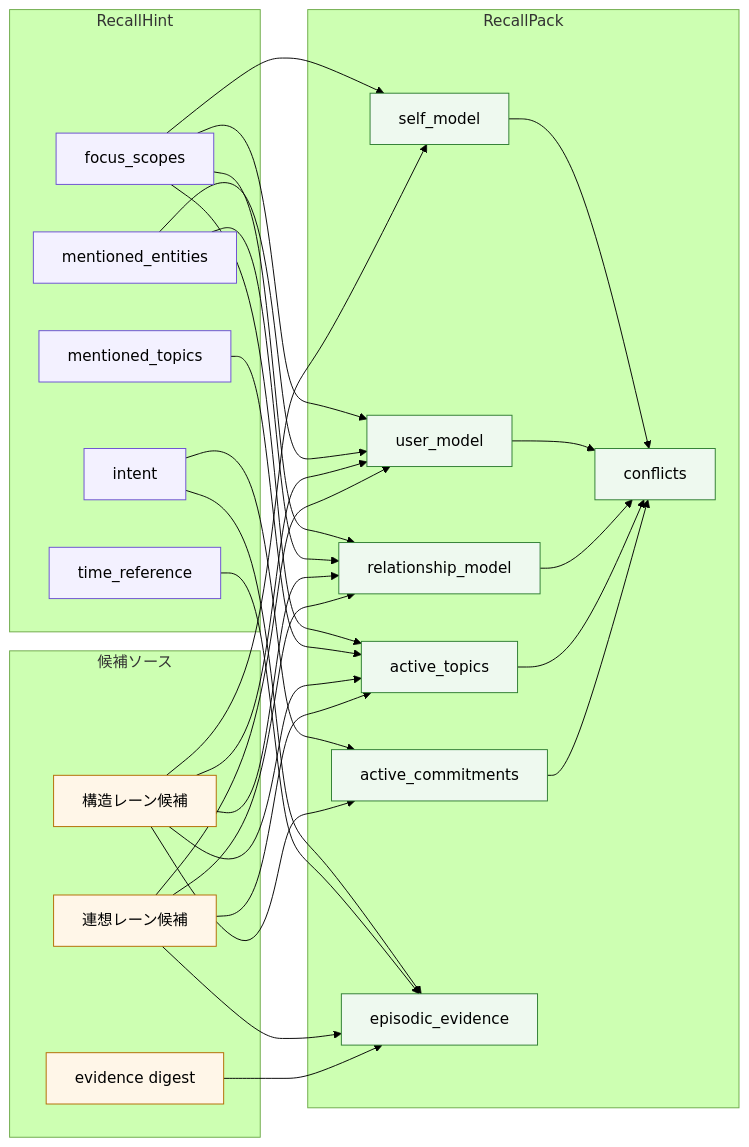
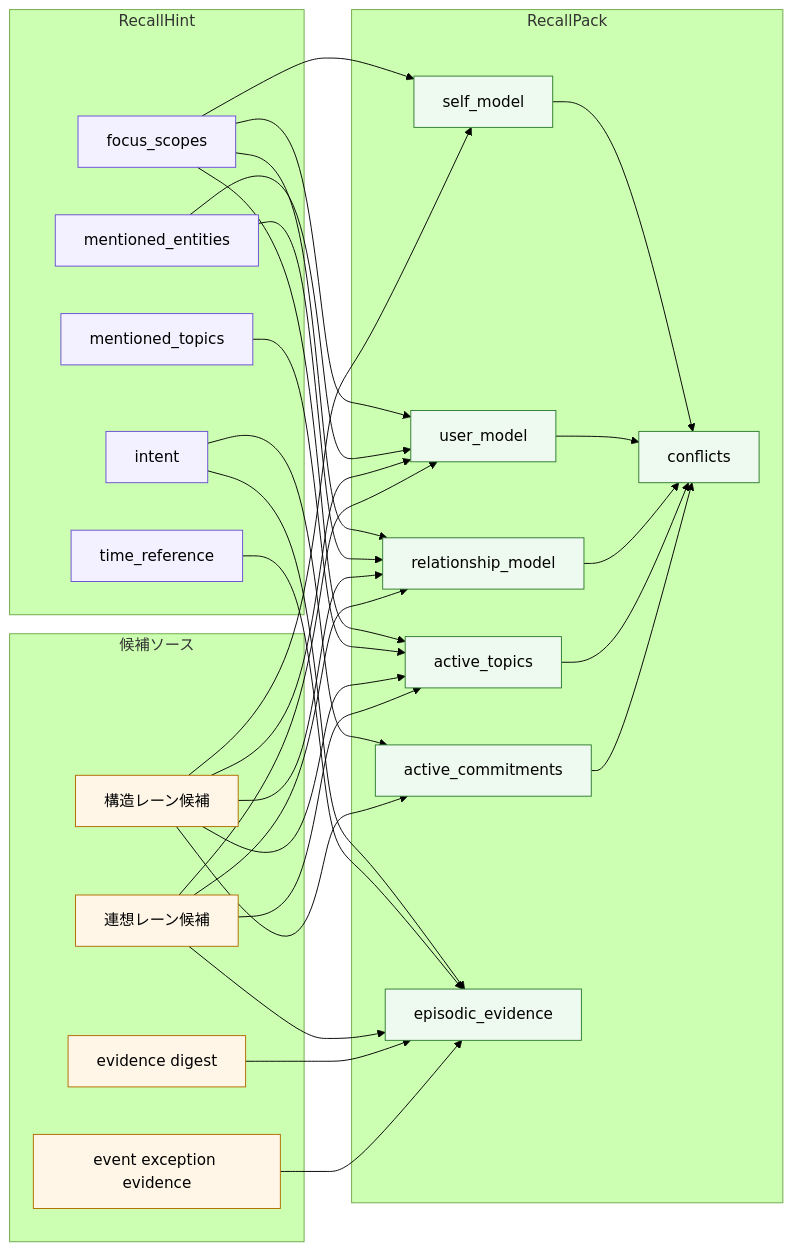
The third of 9 diagrams in docs/13_記憶利用フロー図.md (hirona98/OtomeKairo), drawn with Mermaid (forest theme) before and after one commit. The commit also changed other lines of this file and 5 other files, not shown here.

````diff
--- a/docs/13_記憶利用フロー図.md
+++ b/docs/13_記憶利用フロー図.md
@@ -178,63 +187,65 @@
 ```mermaid
 flowchart LR
     subgraph HINT[RecallHint]
         H0[focus_scopes]
         H1[mentioned_entities]
         H2[mentioned_topics]
         H3[intent]
         H4[time_reference]
     end
 
     subgraph SRC[候補ソース]
         S1[構造レーン候補]
         S2[連想レーン候補]
         S3[evidence digest]
+        S4[event exception evidence]
     end
 
     subgraph PACK[RecallPack]
         P1[self_model]
         P2[user_model]
         P3[relationship_model]
         P4[active_topics]
         P5[active_commitments]
         P6[episodic_evidence]
         P7[conflicts]
     end
 
     H0 --> P1
     H0 --> P2
     H0 --> P3
     H0 --> P4
     H1 --> P2
     H1 --> P3
     H2 --> P4
     H3 --> P5
     H3 --> P6
     H4 --> P6
 
     S1 --> P1
     S1 --> P2
     S1 --> P3
     S1 --> P4
     S1 --> P5
 
     S2 --> P2
     S2 --> P3
     S2 --> P4
     S2 --> P6
 
     S3 --> P6
+    S4 --> P6
 
     P1 --> P7
     P2 --> P7
     P3 --> P7
     P4 --> P7
     P5 --> P7
 
     classDef hint fill:#f3f1ff,stroke:#6b4fd3,stroke-width:1px;
     classDef src fill:#fff6e8,stroke:#b36b00,stroke-width:1px;
     classDef pack fill:#eef9ef,stroke:#2f7d32,stroke-width:1px;
     class H0,H1,H2,H3,H4 hint;
-    class S1,S2,S3 src;
+    class S1,S2,S3,S4 src;
     class P1,P2,P3,P4,P5,P6,P7 pack;
 ```
````
